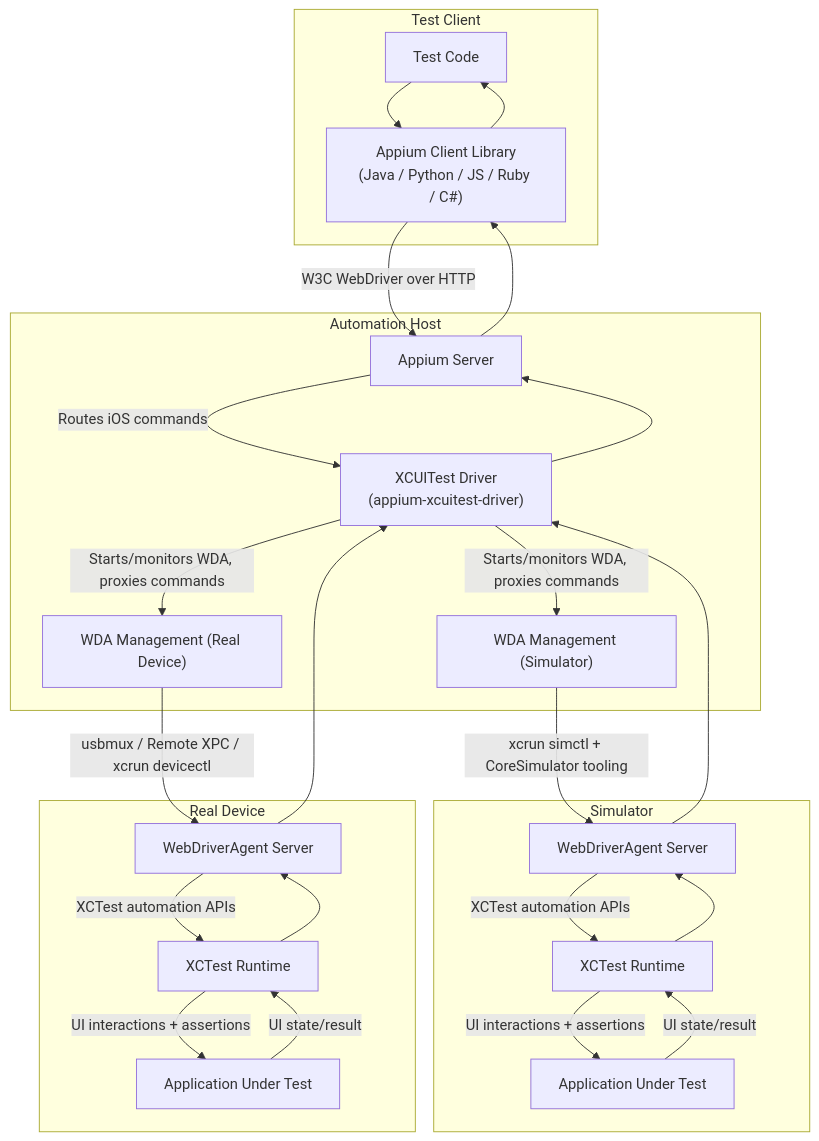
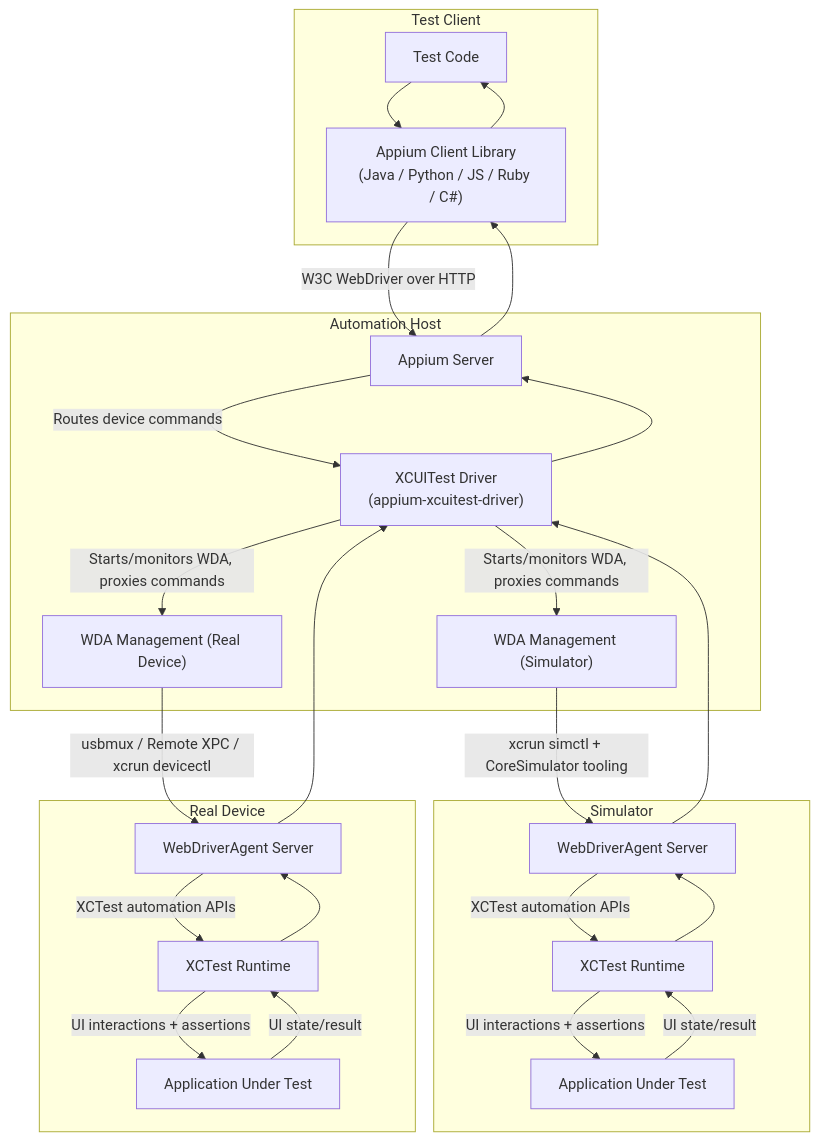
Before and after one commit to appium/appium-xcuitest-driver: the diagram in docs/overview.md, drawn with Mermaid. The commit also changed other lines of this file and 8 other files, not shown here.

````diff
--- a/docs/overview.md
+++ b/docs/overview.md
@@ -69,48 +69,48 @@
 ```mermaid
 flowchart TD
   subgraph ClientSide["Test Client"]
     T["Test Code"]
     CL["Appium Client Library<br/>(Java / Python / JS / Ruby / C#)"]
   end
 
   subgraph ServerHost["Automation Host"]
     AS["Appium Server"]
     XD["XCUITest Driver<br/>(appium-xcuitest-driver)"]
     HWS["WDA Management (Simulator)"]
     HWR["WDA Management (Real Device)"]
   end
 
   subgraph SimulatorTarget["Simulator"]
     WDAS["WebDriverAgent Server"]
     XCTS["XCTest Runtime"]
     AUTS["Application Under Test"]
   end
 
   subgraph RealDeviceTarget["Real Device"]
     WDAR["WebDriverAgent Server"]
     XCTR["XCTest Runtime"]
     AUTR["Application Under Test"]
   end
 
   T --> CL
   CL -->|"W3C WebDriver over HTTP"| AS
-  AS -->|"Routes iOS commands"| XD
+  AS -->|"Routes device commands"| XD
   XD -->|"Starts/monitors WDA, proxies commands"| HWS
   XD -->|"Starts/monitors WDA, proxies commands"| HWR
   HWS -->|"xcrun simctl + CoreSimulator tooling"| WDAS
   HWR -->|"usbmux / Remote XPC / xcrun devicectl"| WDAR
   WDAS -->|"XCTest automation APIs"| XCTS
   WDAR -->|"XCTest automation APIs"| XCTR
   XCTS -->|"UI interactions + assertions"| AUTS
   XCTR -->|"UI interactions + assertions"| AUTR
 
   AUTS -->|"UI state/result"| XCTS
   AUTR -->|"UI state/result"| XCTR
   XCTS --> WDAS
   XCTR --> WDAR
   WDAS --> XD
   WDAR --> XD
   XD --> AS
   AS --> CL
   CL --> T
 ```
````
